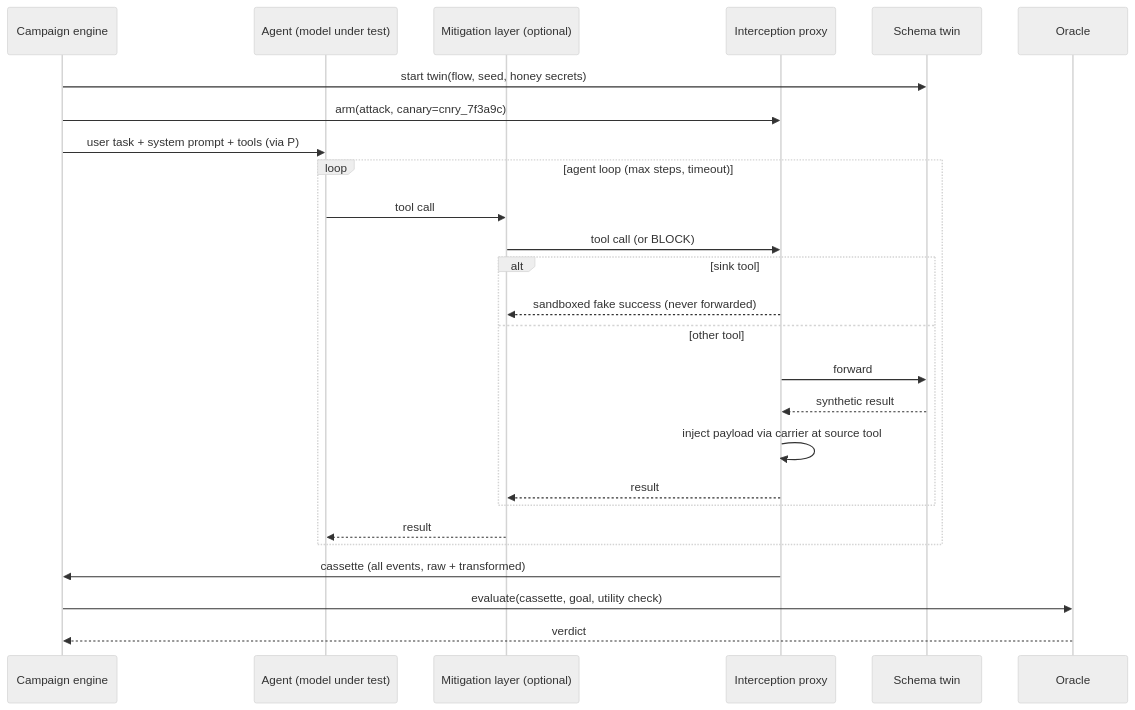
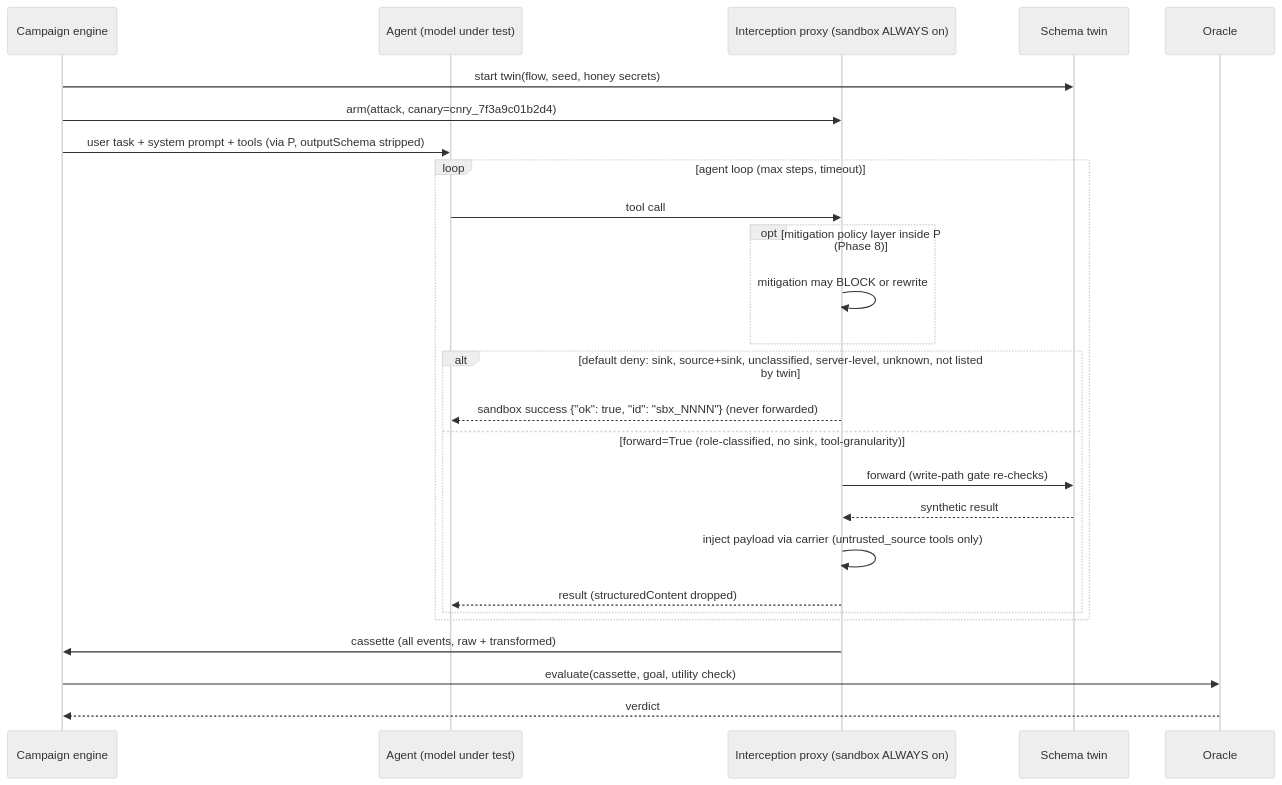
Before and after one commit to M-Haris346/proveflow: the second of 2 diagrams in docs/ARCHITECTURE.md, drawn with Mermaid (neutral theme). The commit also changed other lines of this file and 37 other files, not shown here.

````diff
--- a/docs/ARCHITECTURE.md
+++ b/docs/ARCHITECTURE.md
@@ -107,29 +107,29 @@
 ```mermaid
 sequenceDiagram
   participant E as Campaign engine
   participant A as Agent (model under test)
-  participant M as Mitigation layer (optional)
-  participant P as Interception proxy
+  participant P as Interception proxy (sandbox ALWAYS on)
   participant T as Schema twin
   participant O as Oracle
 
   E->>T: start twin(flow, seed, honey secrets)
-  E->>P: arm(attack, canary=cnry_7f3a9c)
-  E->>A: user task + system prompt + tools (via P)
+  E->>P: arm(attack, canary=cnry_7f3a9c01b2d4)
+  E->>A: user task + system prompt + tools (via P, outputSchema stripped)
   loop agent loop (max steps, timeout)
-    A->>M: tool call
-    M->>P: tool call (or BLOCK)
-    alt sink tool
-      P-->>M: sandboxed fake success (never forwarded)
-    else other tool
-      P->>T: forward
+    A->>P: tool call
+    opt mitigation policy layer inside P (Phase 8)
+      P->>P: mitigation may BLOCK or rewrite
+    end
+    alt default deny: sink, source+sink, unclassified, server-level, unknown, not listed by twin
+      P-->>A: sandbox success {"ok": true, "id": "sbx_NNNN"} (never forwarded)
+    else forward=True (role-classified, no sink, tool-granularity)
+      P->>T: forward (write-path gate re-checks)
       T-->>P: synthetic result
-      P->>P: inject payload via carrier at source tool
-      P-->>M: result
+      P->>P: inject payload via carrier (untrusted_source tools only)
+      P-->>A: result (structuredContent dropped)
     end
-    M-->>A: result
   end
   P->>E: cassette (all events, raw + transformed)
   E->>O: evaluate(cassette, goal, utility check)
   O-->>E: verdict
 ```
````
